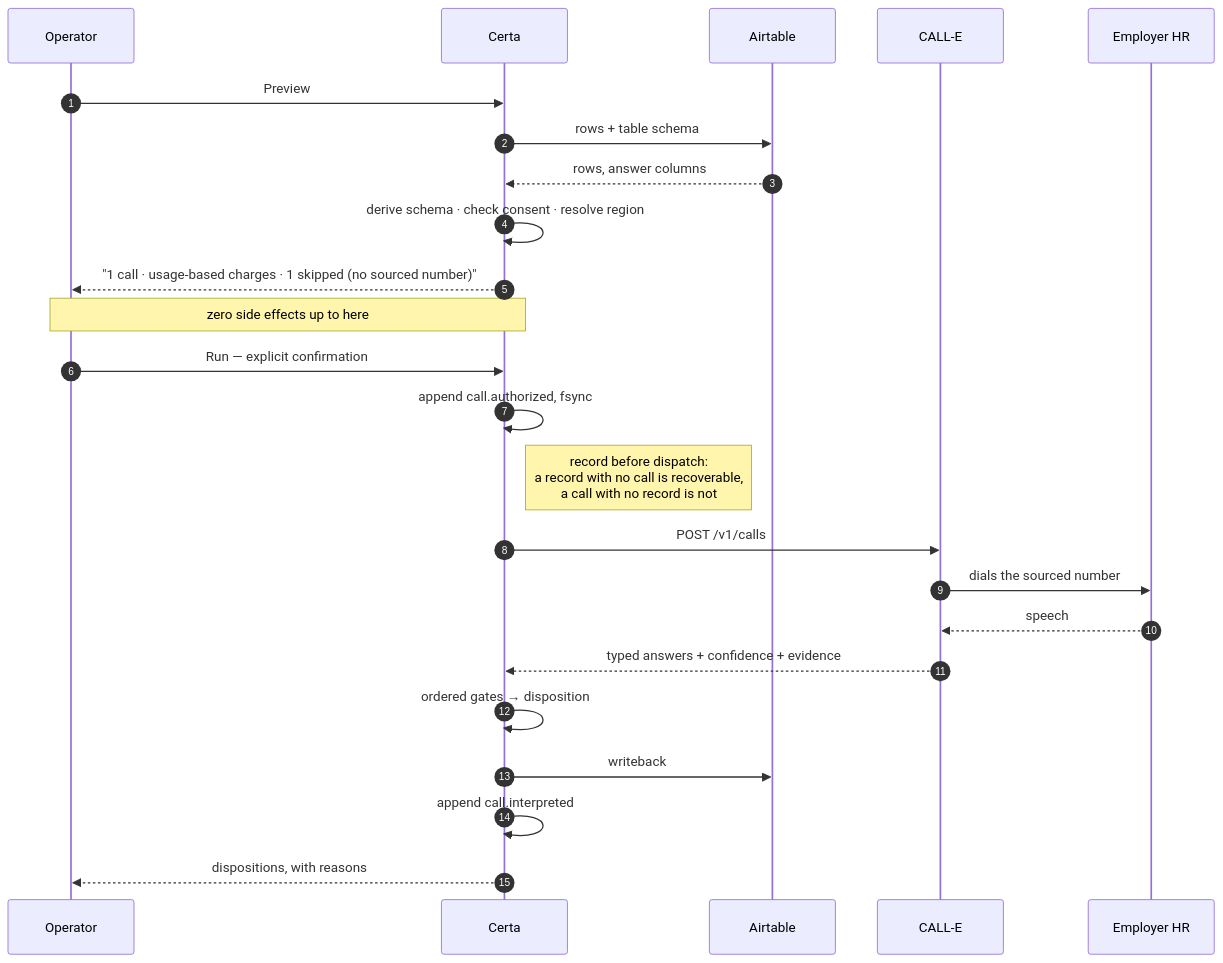
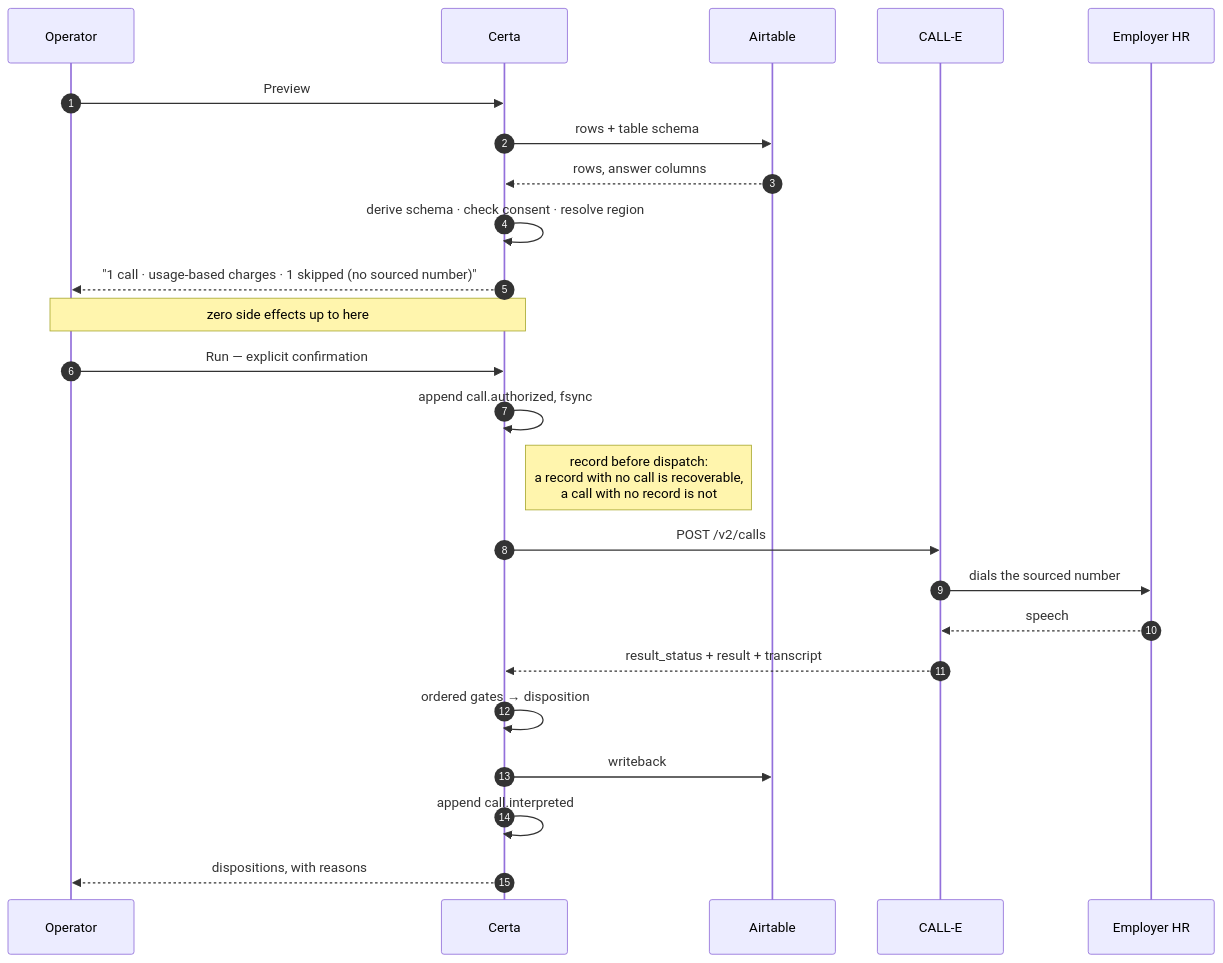
Before and after one commit to CALLE-AI/awesome-phone-call-agents: the fourth of 4 diagrams in plugins/airtable-calle-certa/README.md, drawn with Mermaid. The commit also changed other lines of this file and 14 other files, not shown here.

````diff
--- a/plugins/airtable-calle-certa/README.md
+++ b/plugins/airtable-calle-certa/README.md
@@ -244,27 +251,27 @@
 ```mermaid
 sequenceDiagram
   autonumber
   participant O as Operator
   participant C as Certa
   participant A as Airtable
   participant E as CALL-E
   participant H as Employer HR
 
   O->>C: Preview
   C->>A: rows + table schema
   A-->>C: rows, answer columns
   C->>C: derive schema · check consent · resolve region
   C-->>O: "1 call · usage-based charges · 1 skipped (no sourced number)"
   Note over O,C: zero side effects up to here
   O->>C: Run — explicit confirmation
   C->>C: append call.authorized, fsync
   Note right of C: record before dispatch:<br/>a record with no call is recoverable,<br/>a call with no record is not
-  C->>E: POST /v1/calls
+  C->>E: POST /v2/calls
   E->>H: dials the sourced number
   H-->>E: speech
-  E-->>C: typed answers + confidence + evidence
+  E-->>C: result_status + result + transcript
   C->>C: ordered gates → disposition
   C->>A: writeback
   C->>C: append call.interpreted
   C-->>O: dispositions, with reasons
 ```
````
